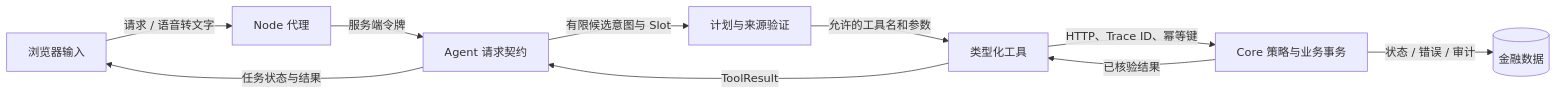
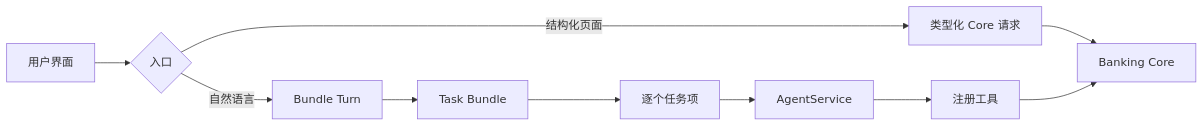
Before and after one commit to ZOOMING-XENON/FinSAO-Financial_Secure_Agent_Operation_System: the second of 5 diagrams in documents/Architecture.md, drawn with Mermaid. The commit also changed other lines of this file and 17 other files, not shown here.

````diff
--- a/documents/Architecture.md
+++ b/documents/Architecture.md
@@ -86,12 +63,12 @@
 ```mermaid
 flowchart LR
-    UI[浏览器输入] -->|请求 / 语音转文字| Proxy[Node 代理]
-    Proxy -->|服务端令牌| Agent[Agent 请求契约]
-    Agent -->|有限候选意图与 Slot| Verify[计划与来源验证]
-    Verify -->|允许的工具名和参数| Gateway[类型化工具]
-    Gateway -->|HTTP、Trace ID、幂等键| Core[Core 策略与业务事务]
-    Core -->|状态 / 错误 / 审计| Data[(金融数据)]
-    Core -->|已核验结果| Gateway
-    Gateway -->|ToolResult| Agent
-    Agent -->|任务状态与结果| UI
+    UI[用户界面] --> Choice{入口}
+    Choice -->|结构化页面| Form[类型化 Core 请求]
+    Form --> Core[Banking Core]
+    Choice -->|自然语言| Turn[Bundle Turn]
+    Turn --> Bundle[Task Bundle]
+    Bundle --> Item[逐个任务项]
+    Item --> Agent[AgentService]
+    Agent --> Tool[注册工具]
+    Tool --> Core
 ```
````
